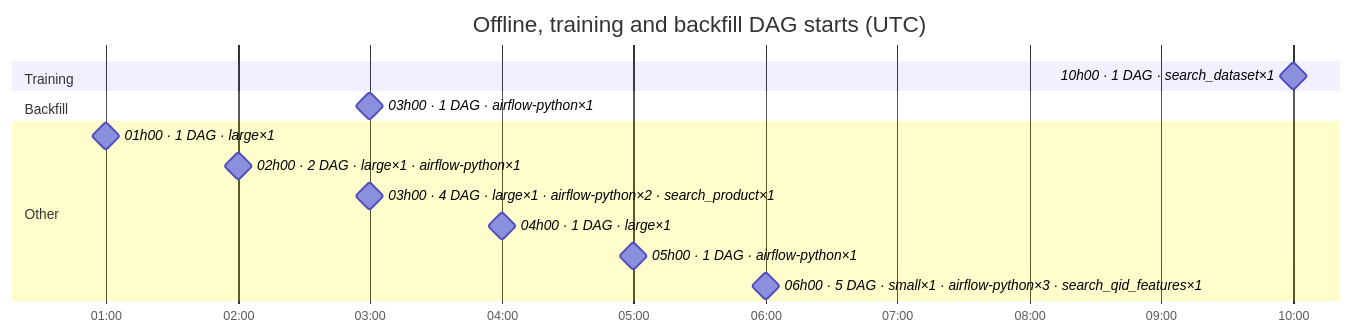
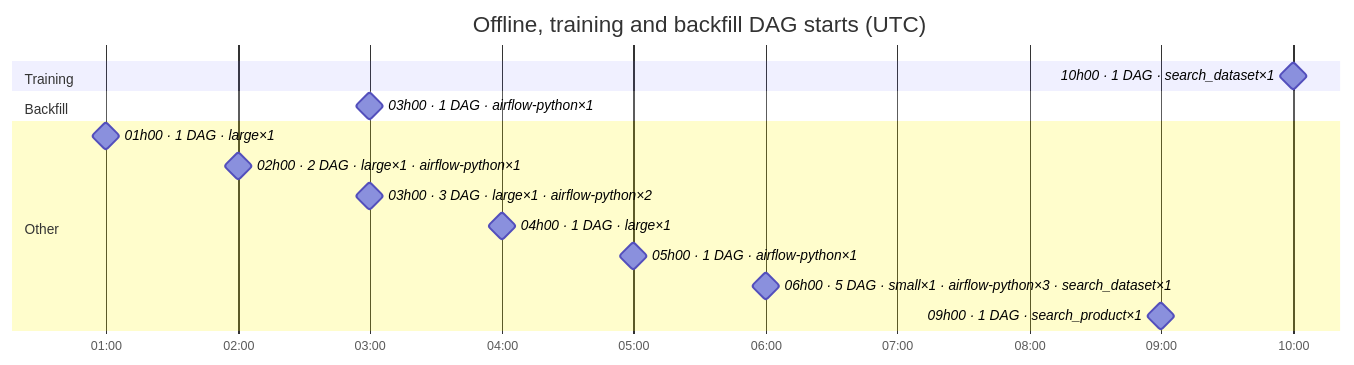
Before and after one commit to DayMarket/ml-feature-platform: the sixth of 7 diagrams in docs/feature_platform_map.md, drawn with Mermaid. The commit also changed other lines of this file and 7 other files, not shown here.

````diff
--- a/docs/feature_platform_map.md
+++ b/docs/feature_platform_map.md
@@ -243,18 +243,19 @@
 ```mermaid
 gantt
     title Offline, training and backfill DAG starts (UTC)
     dateFormat HH:mm
     axisFormat %H:%M
     tickInterval 1hour
     section Training
     10h00 · 1 DAG · search_dataset×1 :milestone, s0_0600, 10:00, 0m
     section Backfill
     03h00 · 1 DAG · airflow-python×1 :milestone, s1_0180, 03:00, 0m
     section Other
     01h00 · 1 DAG · large×1 :milestone, s2_0060, 01:00, 0m
     02h00 · 2 DAG · large×1 · airflow-python×1 :milestone, s2_0120, 02:00, 0m
-    03h00 · 4 DAG · large×1 · airflow-python×2 · search_product×1 :milestone, s2_0180, 03:00, 0m
+    03h00 · 3 DAG · large×1 · airflow-python×2 :milestone, s2_0180, 03:00, 0m
     04h00 · 1 DAG · large×1 :milestone, s2_0240, 04:00, 0m
     05h00 · 1 DAG · airflow-python×1 :milestone, s2_0300, 05:00, 0m
-    06h00 · 5 DAG · small×1 · airflow-python×3 · search_qid_features×1 :milestone, s2_0360, 06:00, 0m
+    06h00 · 5 DAG · small×1 · airflow-python×3 · search_dataset×1 :milestone, s2_0360, 06:00, 0m
+    09h00 · 1 DAG · search_product×1 :milestone, s2_0540, 09:00, 0m
 ```
````
